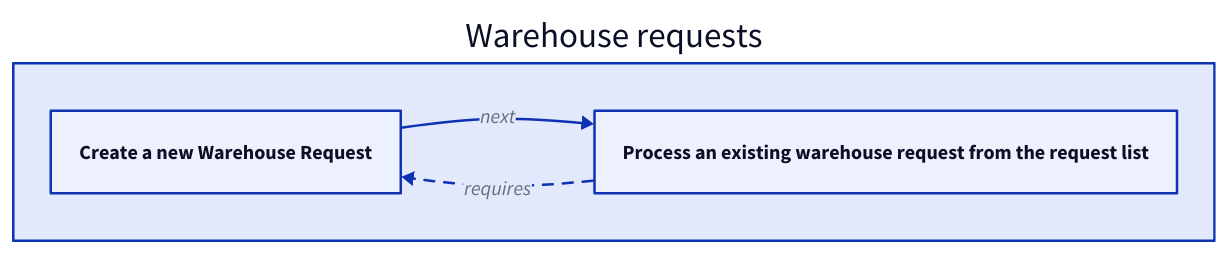
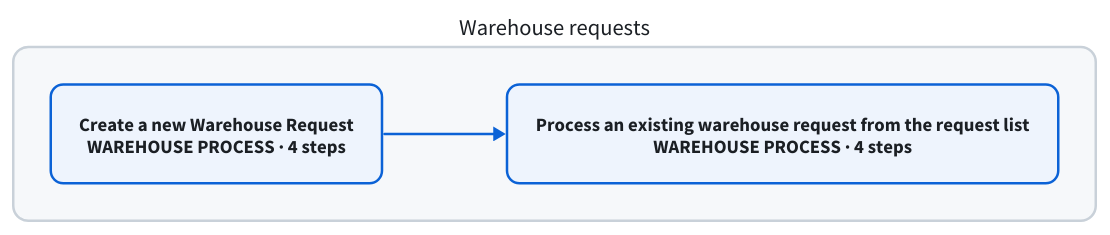
One commit to SchulzOli/BC-Atlas changed the diagram in examples/docs/journey.d2. Above: the diagram before and after it, drawn with D2. The commit also changed 33 other files, not shown here.

First line of the commit message:
feat(docs): BPMN flow per scenario, process per use case, BPMN 2.0 export, clearer journey (#26)

```diff
--- a/examples/docs/journey.d2
+++ b/examples/docs/journey.d2
@@ -1,9 +1,16 @@
 direction: right
+classes: {
+  use-case: { style: { fill: "#f6f8fa"; stroke: "#c9d1d9"; border-radius: 12; font-color: "#1b1f24"; font-size: 18 } }
+  scenario: { style: { fill: "#eef4fd"; stroke: "#0b62d6"; stroke-width: 2; border-radius: 10; font-color: "#1b1f24"; font-size: 15 } }
+  flow: { style: { stroke: "#0b62d6"; stroke-width: 2 } }
+  alternative: { style: { stroke: "#e09400"; stroke-width: 2; stroke-dash: 5; font-color: "#8a5a00" } }
+  related: { style: { stroke: "#9aa4b0"; stroke-dash: 3; font-color: "#5b6470" } }
+}
 
 "use-case-warehouse-requests": "Warehouse requests" {
-  "warehouse-request-create": "Create a new Warehouse Request"
-  "warehouse-request-process": "Process an existing warehouse request from the request list"
+  class: use-case
+  "warehouse-request-create": "Create a new Warehouse Request\nWAREHOUSE PROCESS · 4 steps" { class: scenario }
+  "warehouse-request-process": "Process an existing warehouse request from the request list\nWAREHOUSE PROCESS · 4 steps" { class: scenario }
 }
 
-"use-case-warehouse-requests"."warehouse-request-create" -> "use-case-warehouse-requests"."warehouse-request-process": next
-"use-case-warehouse-requests"."warehouse-request-process" -> "use-case-warehouse-requests"."warehouse-request-create": requires {style.stroke-dash: 4}
+"use-case-warehouse-requests"."warehouse-request-create" -> "use-case-warehouse-requests"."warehouse-request-process" { class: flow }
```
